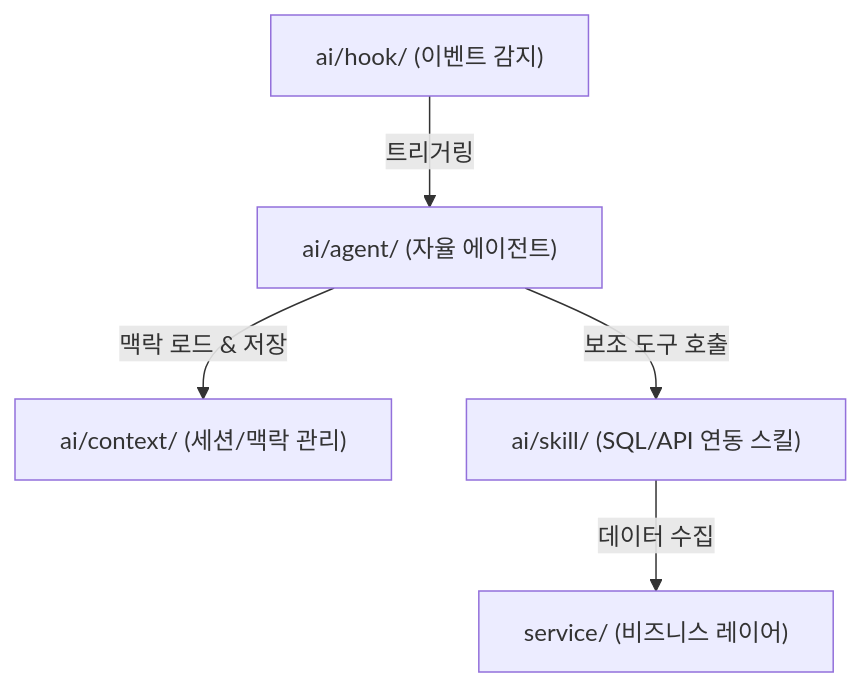
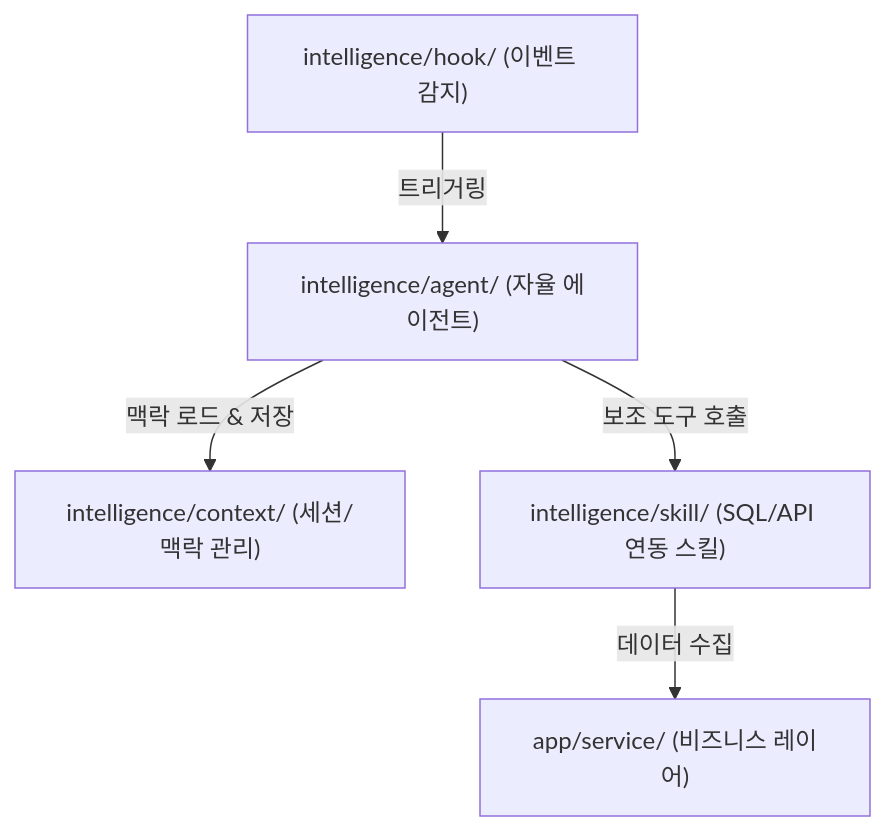
The second of 2 diagrams in current-workflow.md (jumasi-34/intelligence), drawn with Mermaid before and after one commit. The commit also changed other lines of this file and 36 other files, not shown here.

````diff
--- a/current-workflow.md
+++ b/current-workflow.md
@@ -58,7 +58,7 @@
 ```mermaid
 graph TD
-    Hook["ai/hook/ (이벤트 감지)"] -->|트리거링| Agent["ai/agent/ (자율 에이전트)"]
-    Agent -->|맥락 로드 & 저장| Context["ai/context/ (세션/맥락 관리)"]
-    Agent -->|보조 도구 호출| Skill["ai/skill/ (SQL/API 연동 스킬)"]
-    Skill -->|데이터 수집| Service["service/ (비즈니스 레이어)"]
+    Hook["intelligence/hook/ (이벤트 감지)"] -->|트리거링| Agent["intelligence/agent/ (자율 에이전트)"]
+    Agent -->|맥락 로드 & 저장| Context["intelligence/context/ (세션/맥락 관리)"]
+    Agent -->|보조 도구 호출| Skill["intelligence/skill/ (SQL/API 연동 스킬)"]
+    Skill -->|데이터 수집| Service["app/service/ (비즈니스 레이어)"]
 ```
````
